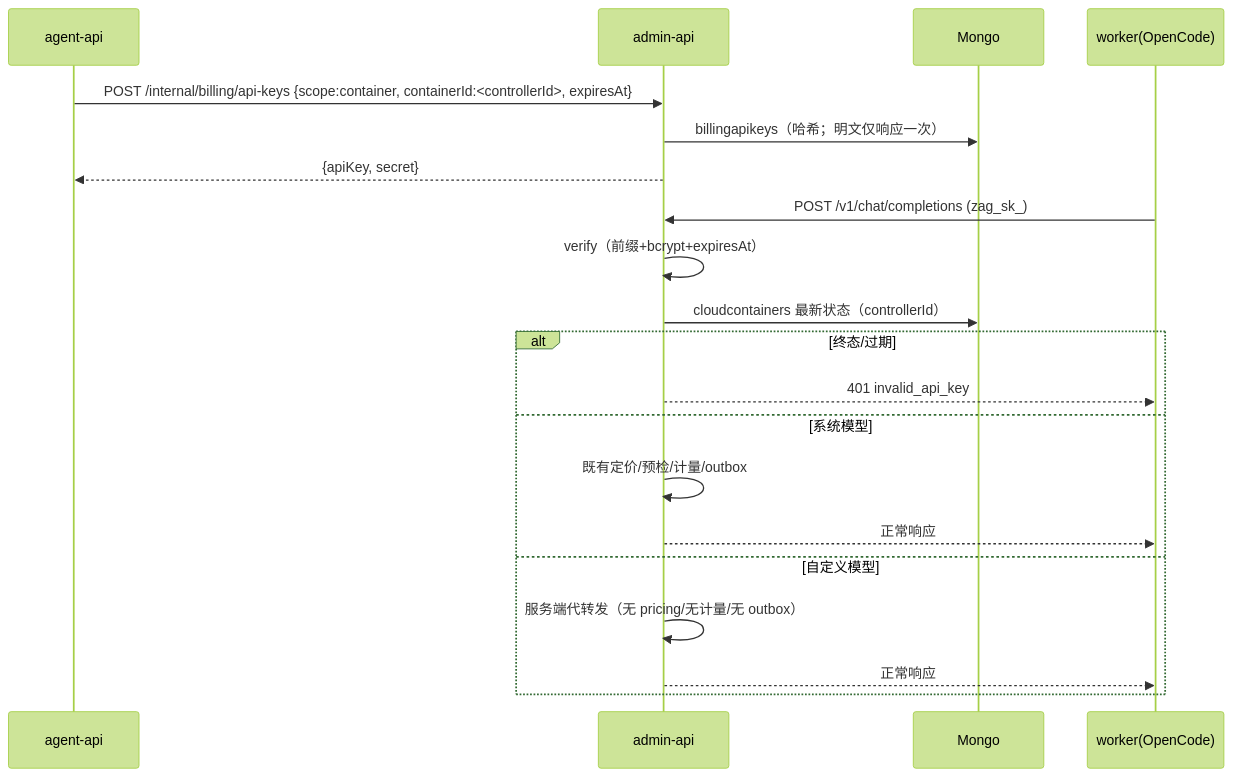
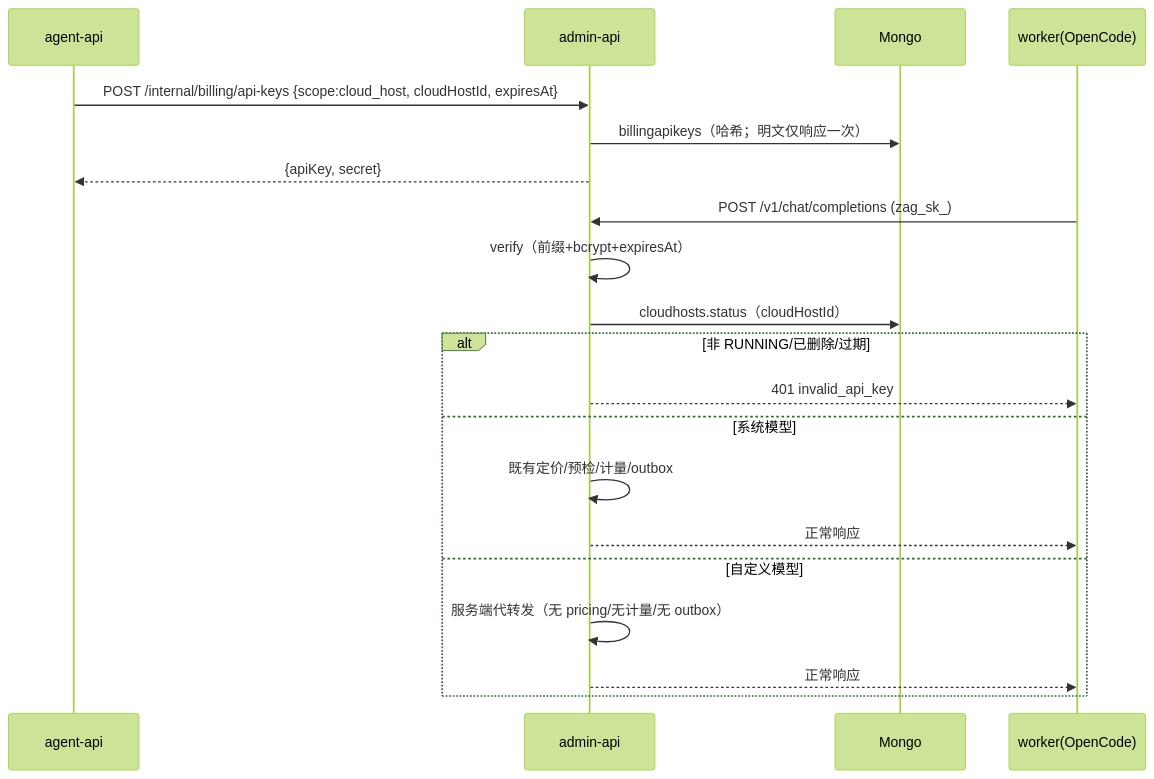
Before and after one commit to Deliay/z-agent-gear: the second of 8 diagrams in docs/engineering/plan/20261020-feat-container-harness-support.md, drawn with Mermaid (forest theme). The commit also changed other lines of this file and 1 other file, not shown here.

````diff
--- a/docs/engineering/plan/20261020-feat-container-harness-support.md
+++ b/docs/engineering/plan/20261020-feat-container-harness-support.md
@@ -260,23 +291,23 @@
 ```mermaid
 sequenceDiagram
     participant AA as agent-api
     participant AD as admin-api
     participant M as Mongo
     participant W as worker(OpenCode)
 
-    AA->>AD: POST /internal/billing/api-keys {scope:container, containerId:<controllerId>, expiresAt}
+    AA->>AD: POST /internal/billing/api-keys {scope:cloud_host, cloudHostId, expiresAt}
     AD->>M: billingapikeys（哈希；明文仅响应一次）
     AD-->>AA: {apiKey, secret}
     W->>AD: POST /v1/chat/completions (zag_sk_)
     AD->>AD: verify（前缀+bcrypt+expiresAt）
-    AD->>M: cloudcontainers 最新状态（controllerId）
-    alt 终态/过期
+    AD->>M: cloudhosts.status（cloudHostId）
+    alt 非 RUNNING/已删除/过期
         AD-->>W: 401 invalid_api_key
     else 系统模型
         AD->>AD: 既有定价/预检/计量/outbox
         AD-->>W: 正常响应
     else 自定义模型
         AD->>AD: 服务端代转发（无 pricing/无计量/无 outbox）
         AD-->>W: 正常响应
     end
 ```
````
